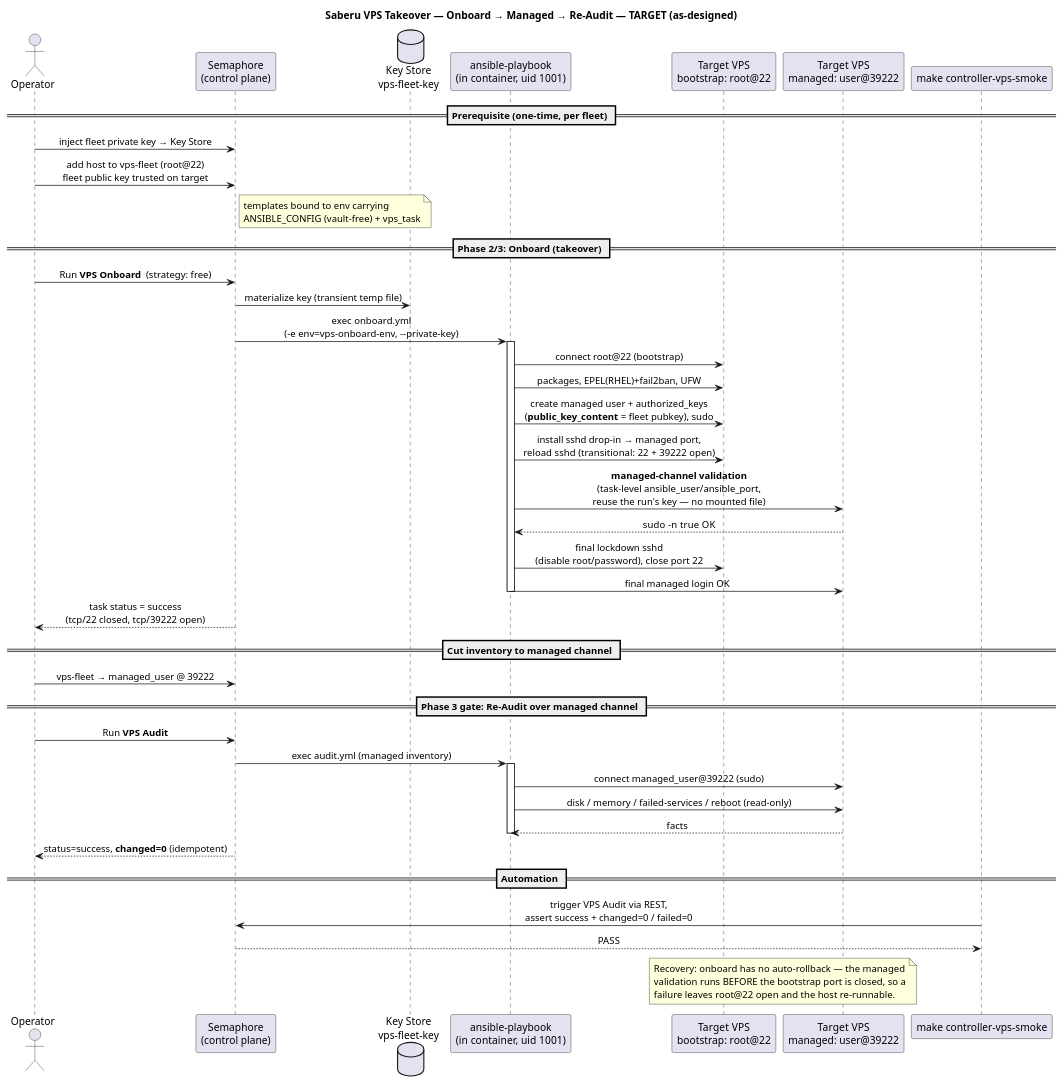
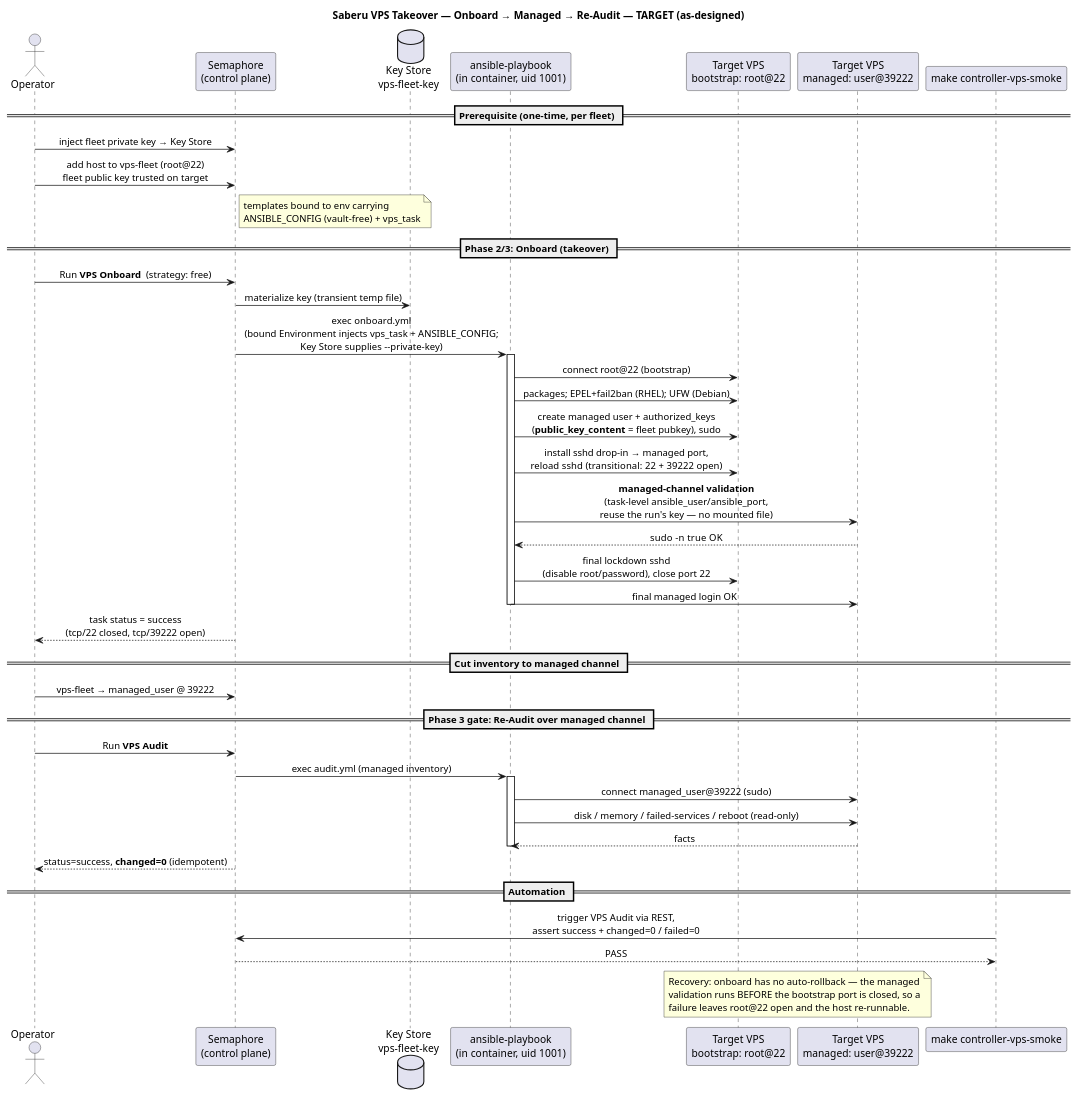
The diagram in docs/feat-target-architecture/diagrams/02-vps-lifecycle-sequence.puml (taoziyoyo2566/ansispire), drawn with PlantUML before and after one commit. The commit also changed 45 other files, not shown here.

First line of the commit message:
docs(feat-target-architecture): own the diagram set in the feature hub; reconcile doc truth (round 13)

```diff
--- a/docs/feat-target-architecture/diagrams/02-vps-lifecycle-sequence.puml
+++ b/docs/feat-target-architecture/diagrams/02-vps-lifecycle-sequence.puml
@@ -1,57 +1,57 @@
 @startuml ansispire-vps-lifecycle-sequence
 title Saberu VPS Takeover — Onboard → Managed → Re-Audit — TARGET (as-designed)
 skinparam shadowing false
 skinparam sequenceMessageAlign center
 
 actor Operator as OP
 participant "Semaphore\n(control plane)" as SEM
 database "Key Store\nvps-fleet-key" as KS
 participant "ansible-playbook\n(in container, uid 1001)" as ANS
 participant "Target VPS\nbootstrap: root@22" as BOOT
 participant "Target VPS\nmanaged: user@39222" as MGD
 participant "make controller-vps-smoke" as SMOKE
 
 == Prerequisite (one-time, per fleet) ==
 OP -> SEM : inject fleet private key → Key Store
 OP -> SEM : add host to vps-fleet (root@22)\nfleet public key trusted on target
 note right of SEM : templates bound to env carrying\nANSIBLE_CONFIG (vault-free) + vps_task
 
 == Phase 2/3: Onboard (takeover) ==
 OP -> SEM : Run **VPS Onboard**  (strategy: free)
 SEM -> KS : materialize key (transient temp file)
-SEM -> ANS : exec onboard.yml\n(-e env=vps-onboard-env, --private-key)
+SEM -> ANS : exec onboard.yml\n(bound Environment injects vps_task + ANSIBLE_CONFIG;\nKey Store supplies --private-key)
 activate ANS
 ANS -> BOOT : connect root@22 (bootstrap)
-ANS -> BOOT : packages, EPEL(RHEL)+fail2ban, UFW
+ANS -> BOOT : packages; EPEL+fail2ban (RHEL); UFW (Debian)
 ANS -> BOOT : create managed user + authorized_keys\n(**public_key_content** = fleet pubkey), sudo
 ANS -> BOOT : install sshd drop-in → managed port,\nreload sshd  (transitional: 22 + 39222 open)
 ANS -> MGD : **managed-channel validation**\n(task-level ansible_user/ansible_port,\nreuse the run's key — no mounted file)
 MGD --> ANS : sudo -n true  OK
 ANS -> BOOT : final lockdown sshd\n(disable root/password), close port 22
 ANS -> MGD : final managed login OK
 deactivate ANS
 SEM --> OP : task status = success\n(tcp/22 closed, tcp/39222 open)
 
 == Cut inventory to managed channel ==
 OP -> SEM : vps-fleet → managed_user @ 39222
 
 == Phase 3 gate: Re-Audit over managed channel ==
 OP -> SEM : Run **VPS Audit**
 SEM -> ANS : exec audit.yml (managed inventory)
 activate ANS
 ANS -> MGD : connect managed_user@39222 (sudo)
 ANS -> MGD : disk / memory / failed-services / reboot (read-only)
 MGD --> ANS : facts
 deactivate ANS
 SEM --> OP : status=success, **changed=0** (idempotent)
 
 == Automation ==
 SMOKE -> SEM : trigger VPS Audit via REST,\nassert success + changed=0 / failed=0
 SEM --> SMOKE : PASS
 
 note over BOOT, MGD
   Recovery: onboard has no auto-rollback — the managed
   validation runs BEFORE the bootstrap port is closed, so a
   failure leaves root@22 open and the host re-runnable.
 end note
 @enduml
```
